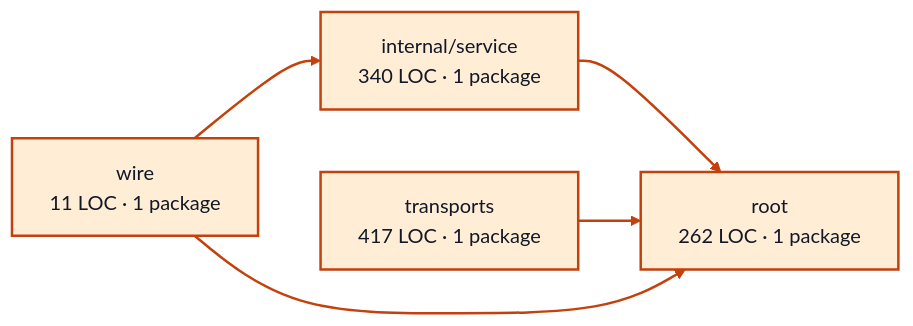
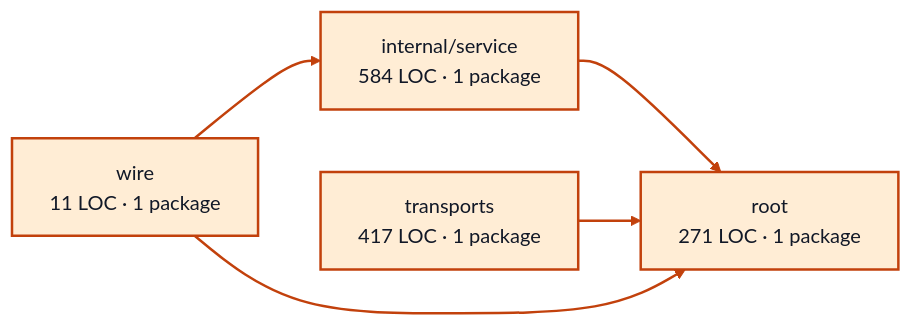
Before and after one commit to portpowered/you-agent-factory: the diagram in docs/architecture/visualizations/services/provider_sessions.md, drawn with Mermaid. The commit also changed other lines of this file and 20 other files, not shown here.

Commit message:
docs: refresh backend architecture visualizations

````diff
--- a/docs/architecture/visualizations/services/provider_sessions.md
+++ b/docs/architecture/visualizations/services/provider_sessions.md
@@ -11,16 +11,16 @@
 ```mermaid
 flowchart LR
-  p0["internal/service<br/>340 LOC · 1 package"]
-  p1["root<br/>262 LOC · 1 package"]
+  p0["internal/service<br/>584 LOC · 1 package"]
+  p1["root<br/>271 LOC · 1 package"]
   p2["transports<br/>417 LOC · 1 package"]
   p3["wire<br/>11 LOC · 1 package"]
   p0 --> p1
   p2 --> p1
   p3 --> p0
   p3 --> p1
   style p0 fill:#ffedd5,stroke:#c2410c,stroke-width:2px,color:#111827
   style p1 fill:#ffedd5,stroke:#c2410c,stroke-width:2px,color:#111827
   style p2 fill:#ffedd5,stroke:#c2410c,stroke-width:2px,color:#111827
   style p3 fill:#ffedd5,stroke:#c2410c,stroke-width:2px,color:#111827
   linkStyle default stroke:#c2410c,stroke-width:2px
 ```
````
